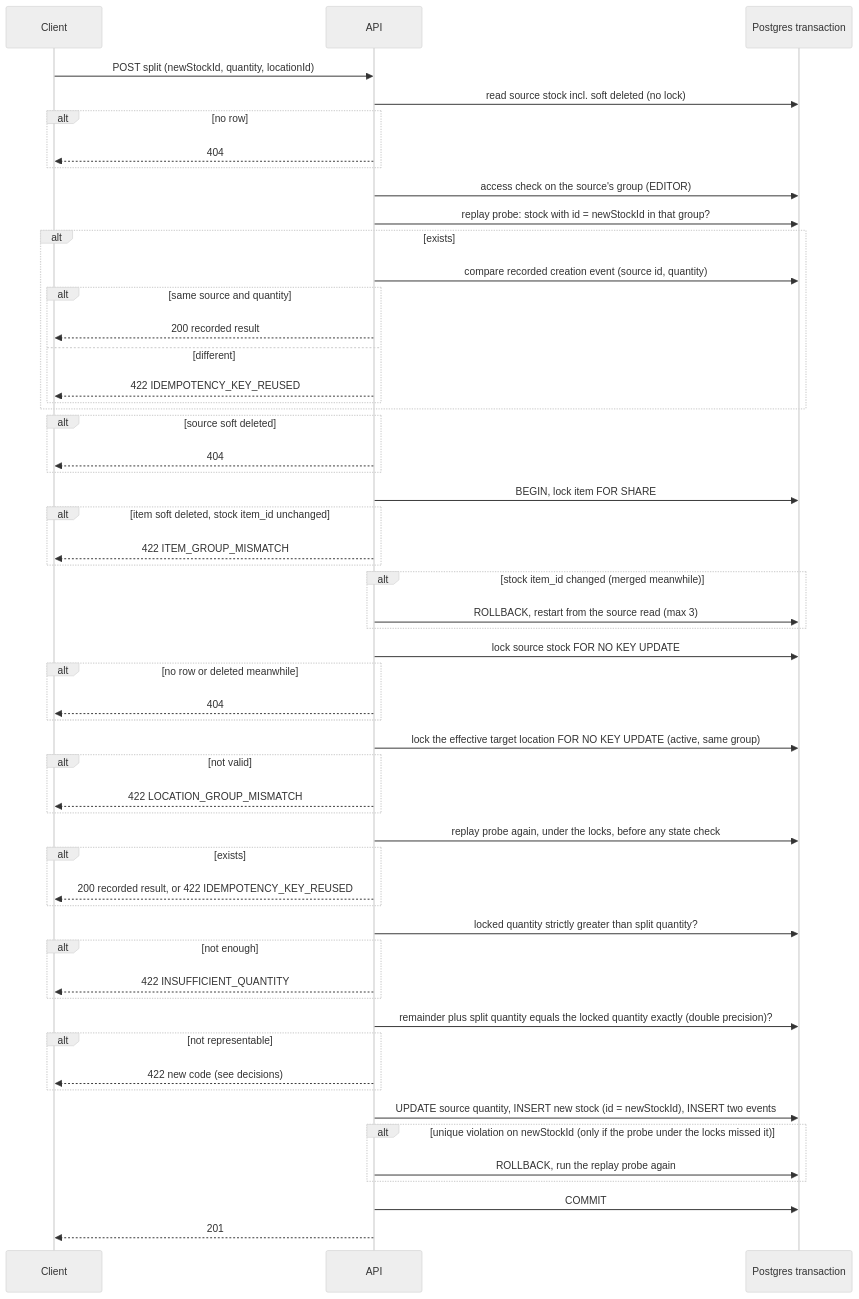
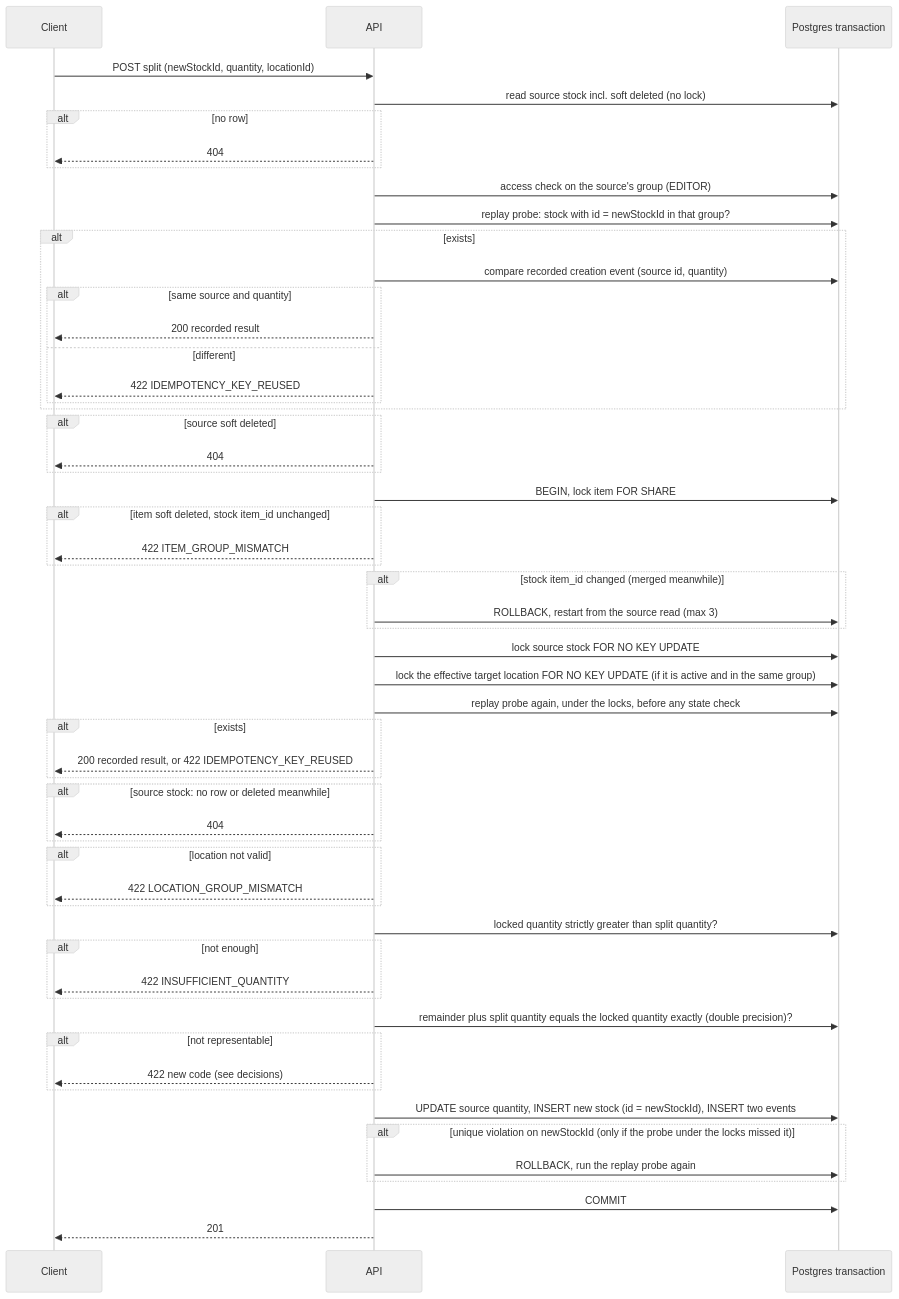
One commit to TakashiAihara/prep-hamster changed the diagram in docs/design/stock-split.md. Above: the diagram before and after it, drawn with Mermaid (neutral theme). The commit also changed other lines of this file and 3 other files, not shown here.

````diff
--- a/docs/design/stock-split.md
+++ b/docs/design/stock-split.md
@@ -101,57 +102,57 @@
 ```mermaid
 sequenceDiagram
   participant C as Client
   participant A as API
   participant D as Postgres transaction
   C->>A: POST split (newStockId, quantity, locationId)
   A->>D: read source stock incl. soft deleted (no lock)
   alt no row
     A-->>C: 404
   end
   A->>D: access check on the source's group (EDITOR)
   A->>D: replay probe: stock with id = newStockId in that group?
   alt exists
     A->>D: compare recorded creation event (source id, quantity)
     alt same source and quantity
       A-->>C: 200 recorded result
     else different
       A-->>C: 422 IDEMPOTENCY_KEY_REUSED
     end
   end
   alt source soft deleted
     A-->>C: 404
   end
   A->>D: BEGIN, lock item FOR SHARE
   alt item soft deleted, stock item_id unchanged
     A-->>C: 422 ITEM_GROUP_MISMATCH
   end
   alt stock item_id changed (merged meanwhile)
     A->>D: ROLLBACK, restart from the source read (max 3)
   end
   A->>D: lock source stock FOR NO KEY UPDATE
-  alt no row or deleted meanwhile
-    A-->>C: 404
-  end
-  A->>D: lock the effective target location FOR NO KEY UPDATE (active, same group)
-  alt not valid
-    A-->>C: 422 LOCATION_GROUP_MISMATCH
-  end
+  A->>D: lock the effective target location FOR NO KEY UPDATE (if it is active and in the same group)
   A->>D: replay probe again, under the locks, before any state check
   alt exists
     A-->>C: 200 recorded result, or 422 IDEMPOTENCY_KEY_REUSED
+  end
+  alt source stock: no row or deleted meanwhile
+    A-->>C: 404
+  end
+  alt location not valid
+    A-->>C: 422 LOCATION_GROUP_MISMATCH
   end
   A->>D: locked quantity strictly greater than split quantity?
   alt not enough
     A-->>C: 422 INSUFFICIENT_QUANTITY
   end
   A->>D: remainder plus split quantity equals the locked quantity exactly (double precision)?
   alt not representable
     A-->>C: 422 new code (see decisions)
   end
   A->>D: UPDATE source quantity, INSERT new stock (id = newStockId), INSERT two events
   alt unique violation on newStockId (only if the probe under the locks missed it)
     A->>D: ROLLBACK, run the replay probe again
   end
   A->>D: COMMIT
   A-->>C: 201
 ```
````
